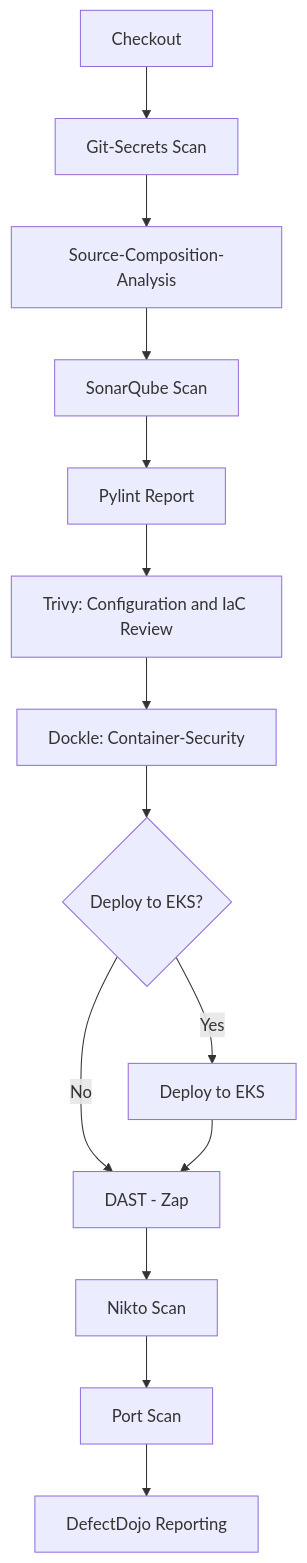
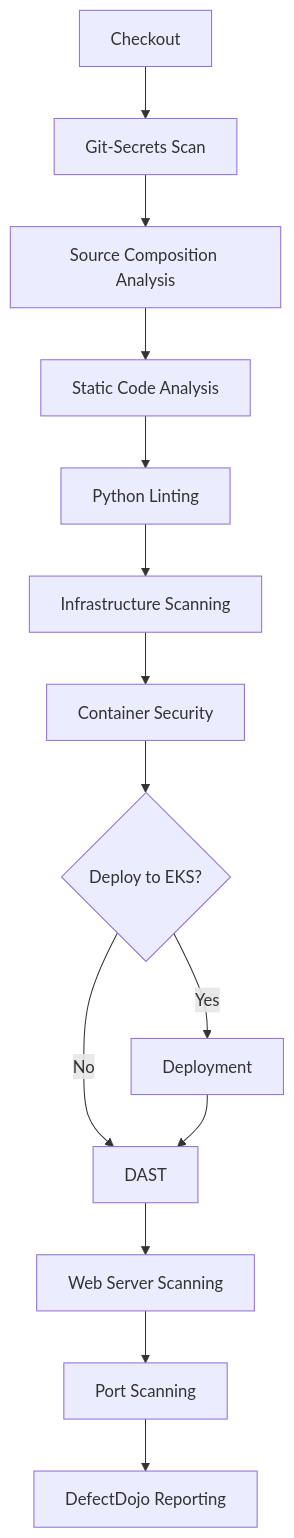
One commit to aqilshaikh/DevSecOps-Jenkins changed the first of 4 diagrams in README.md. Above: the diagram before and after it, drawn with Mermaid. The commit also changed other lines of this file, not shown here.

````diff
--- a/README.md
+++ b/README.md
@@ -78,16 +76,16 @@
 ```mermaid
 graph TD
     A[Checkout] --> B[Git-Secrets Scan]
-    B --> C[Source-Composition-Analysis]
-    C --> D[SonarQube Scan]
-    D --> E[Pylint Report]
-    E --> F[Trivy: Configuration and IaC Review]
-    F --> G[Dockle: Container-Security]
+    B --> C[Source Composition Analysis]
+    C --> D[Static Code Analysis]
+    D --> E[Python Linting]
+    E --> F[Infrastructure Scanning]
+    F --> G[Container Security]
     G --> H{Deploy to EKS?}
-    H -->|Yes| I[Deploy to EKS]
-    H -->|No| J[DAST - Zap]
+    H -->|Yes| I[Deployment]
+    H -->|No| J[DAST]
     I --> J
-    J --> K[Nikto Scan]
-    K --> L[Port Scan]
+    J --> K[Web Server Scanning]
+    K --> L[Port Scanning]
     L --> M[DefectDojo Reporting]
 ```
````
